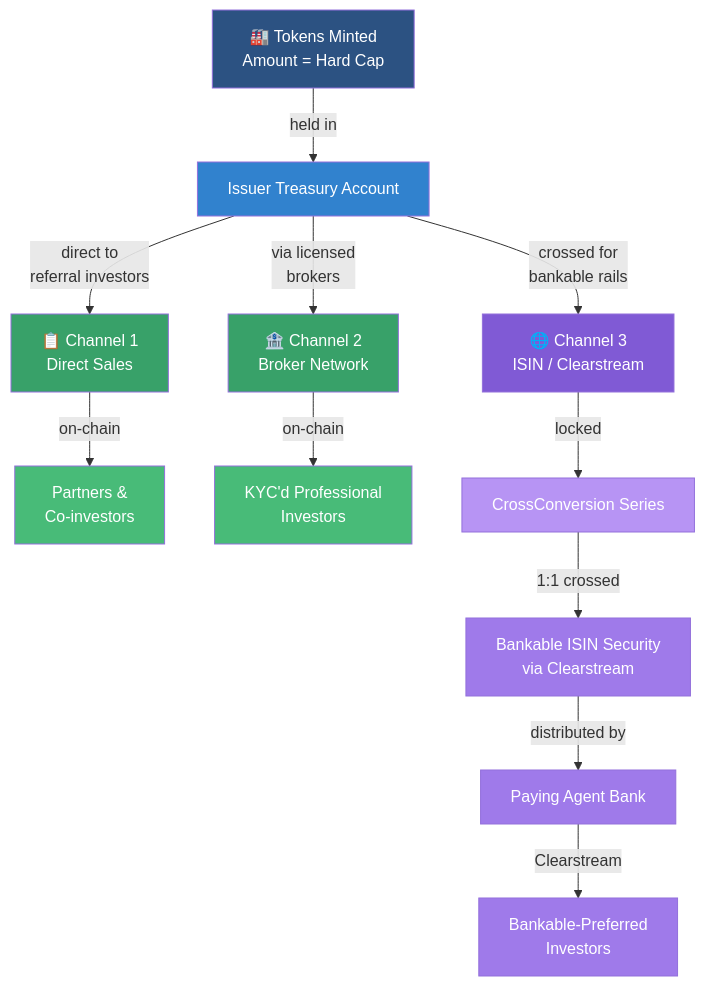
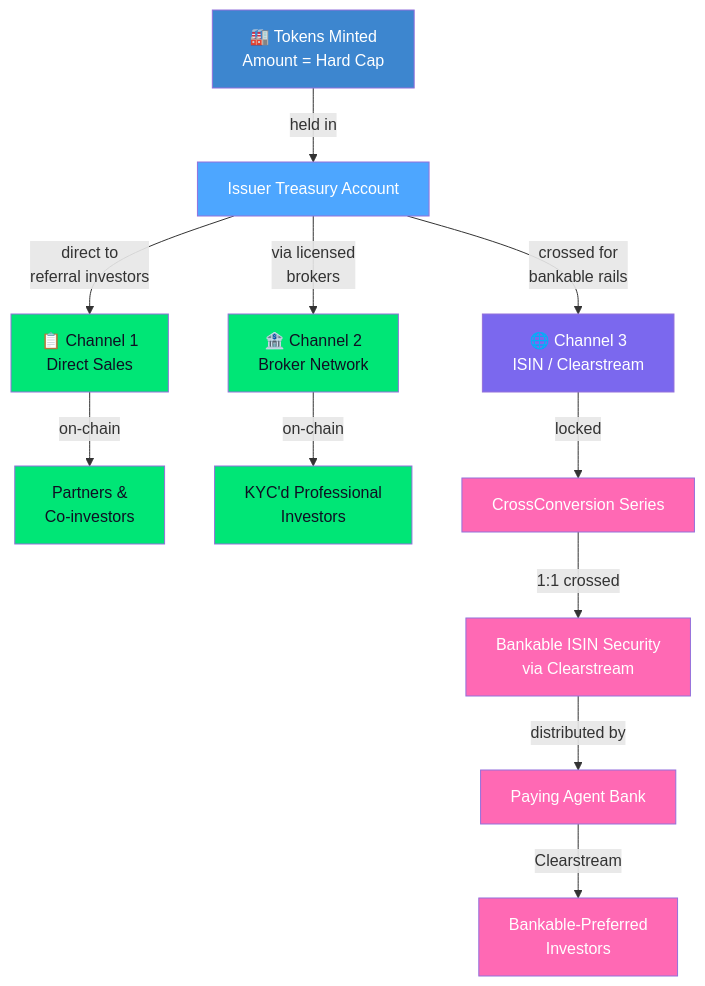
Before and after one commit to hrbrlife/sailsto_website: the fourth of 9 diagrams in hugo-site/content/whatsails.md, drawn with Mermaid. The commit also changed other lines of this file and 9 other files, not shown here.

```diff
--- a/hugo-site/content/whatsails.md
+++ b/hugo-site/content/whatsails.md
@@ -472,24 +472,24 @@
         <div class="mermaid">
         flowchart TD
             MINT[🏭 Tokens Minted<br/>Amount = Hard Cap] -->|held in| TREASURY[Issuer Treasury Account]
             TREASURY -->|direct to<br/>referral investors| CH1[📋 Channel 1<br/>Direct Sales]
             TREASURY -->|via licensed<br/>brokers| CH2[🏦 Channel 2<br/>Broker Network]
             TREASURY -->|crossed for<br/>bankable rails| CH3[🌐 Channel 3<br/>ISIN / Clearstream]
             CH1 -->|on-chain| INV1[Partners &<br/>Co-investors]
             CH2 -->|on-chain| INV2[KYC'd Professional<br/>Investors]
             CH3 -->|locked| WRAP[CrossConversion Series]
             WRAP -->|1:1 crossed| ISIN[Bankable ISIN Security<br/>via Clearstream]
             ISIN -->|distributed by| BANK[Paying Agent Bank]
             BANK -->|Clearstream| INV3[Bankable-Preferred<br/>Investors]
-            style MINT fill:#2c5282,color:#fff
-            style TREASURY fill:#3182ce,color:#fff
-            style CH1 fill:#38a169,color:#fff
-            style CH2 fill:#38a169,color:#fff
-            style CH3 fill:#805ad5,color:#fff
-            style INV1 fill:#48bb78,color:#fff
-            style INV2 fill:#48bb78,color:#fff
-            style INV3 fill:#9f7aea,color:#fff
-            style WRAP fill:#b794f4,color:#fff
-            style ISIN fill:#9f7aea,color:#fff
-            style BANK fill:#9f7aea,color:#fff
+            style MINT fill:#3D86CF,color:#fff
+            style TREASURY fill:#4DA6FF,color:#fff
+            style CH1 fill:#00E676,color:#0F0F23
+            style CH2 fill:#00E676,color:#0F0F23
+            style CH3 fill:#7B68EE,color:#fff
+            style INV1 fill:#00E676,color:#0F0F23
+            style INV2 fill:#00E676,color:#0F0F23
+            style INV3 fill:#FF69B4,color:#fff
+            style WRAP fill:#FF69B4,color:#fff
+            style ISIN fill:#FF69B4,color:#fff
+            style BANK fill:#FF69B4,color:#fff
         </div>
```
